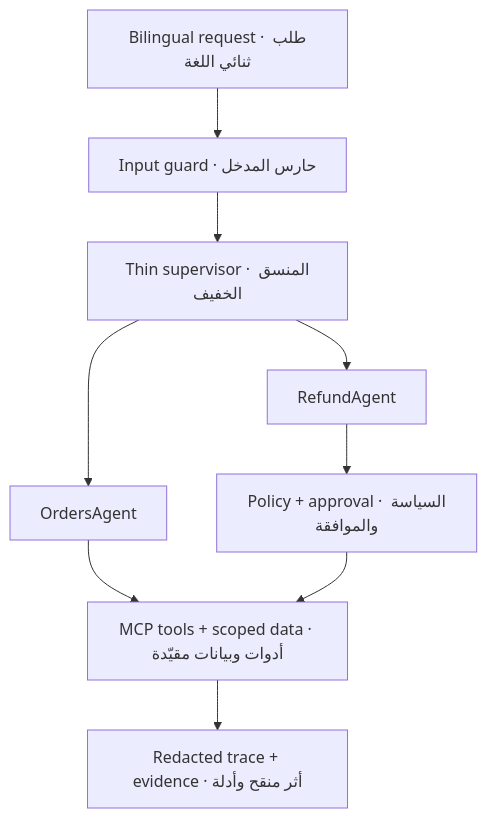
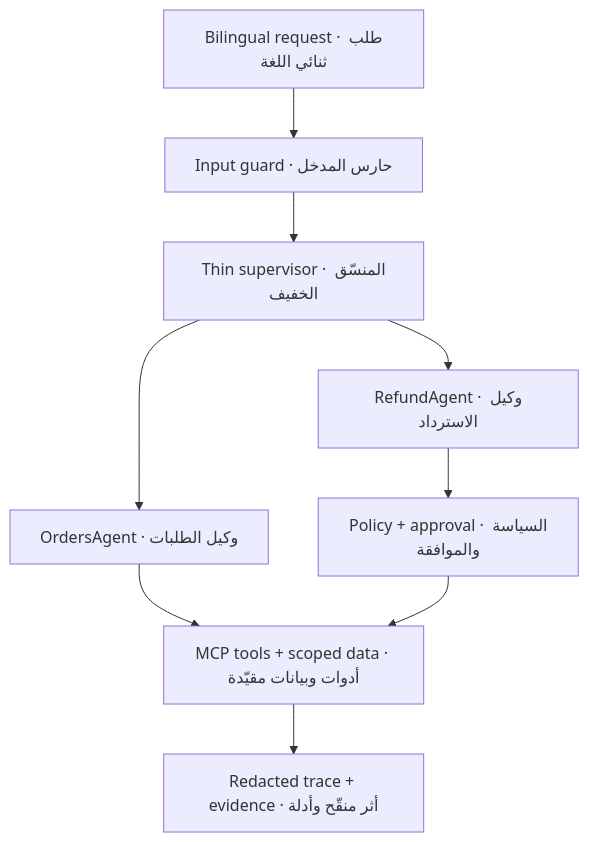
One commit to Mrsos07/rafeeq-mini-lab--saud-alghamdi-Sadaia changed the diagram in README.md. Above: the diagram before and after it, drawn with Mermaid. The commit also changed other lines of this file, not shown here.

Commit message:
docs: rewrite README as a clean project overview (description, features, architecture)

````diff
--- a/README.md
+++ b/README.md
@@ -62,11 +35,11 @@
 ```mermaid
 flowchart TB
     A["Bilingual request · طلب ثنائي اللغة"] --> B["Input guard · حارس المدخل"]
-    B --> C["Thin supervisor · المنسق الخفيف"]
-    C --> D["OrdersAgent"]
-    C --> E["RefundAgent"]
+    B --> C["Thin supervisor · المنسّق الخفيف"]
+    C --> D["OrdersAgent · وكيل الطلبات"]
+    C --> E["RefundAgent · وكيل الاسترداد"]
     D --> F["MCP tools + scoped data · أدوات وبيانات مقيّدة"]
     E --> G["Policy + approval · السياسة والموافقة"]
     G --> F
-    F --> H["Redacted trace + evidence · أثر منقح وأدلة"]
+    F --> H["Redacted trace + evidence · أثر منقّح وأدلة"]
 ```
````
